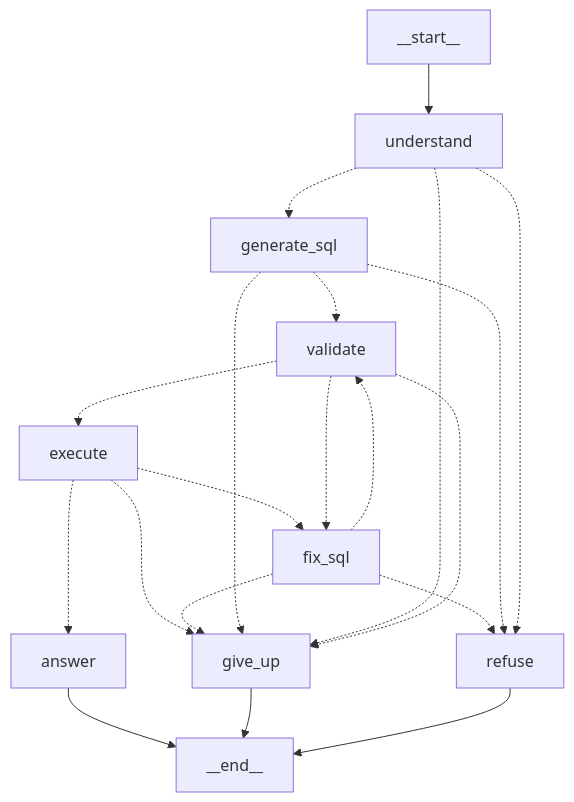
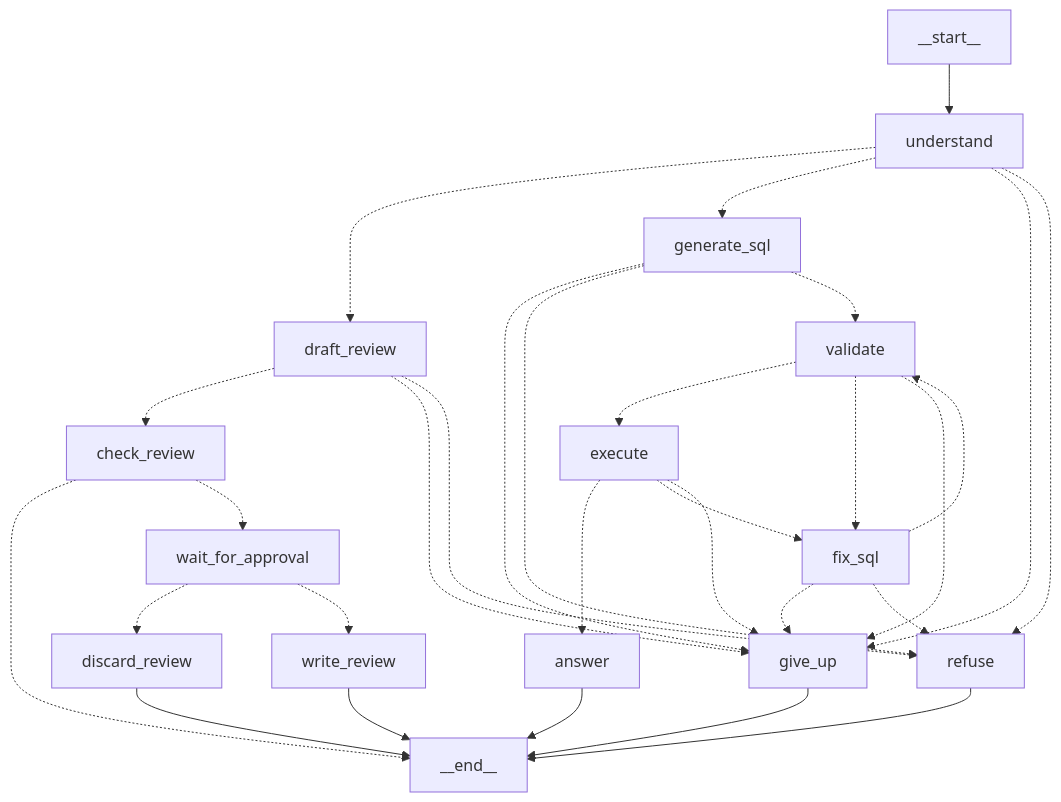
The diagram in README.md (francomansur/agente-dados-delivery), drawn with Mermaid before and after one commit. The commit also changed other lines of this file and 1 other file, not shown here.

Commit message:
docs: explain the safe write with human approval

````diff
--- a/README.md
+++ b/README.md
@@ -138,22 +192,32 @@
 ```mermaid
 graph TD;
 	__start__ --> understand;
+	check_review -.-> __end__;
+	check_review -.-> wait_for_approval;
+	draft_review -.-> check_review;
+	draft_review -.-> give_up;
+	draft_review -.-> refuse;
 	execute -.-> answer;
 	execute -.-> fix_sql;
 	execute -.-> give_up;
 	fix_sql -.-> give_up;
 	fix_sql -.-> refuse;
 	fix_sql -.-> validate;
 	generate_sql -.-> give_up;
 	generate_sql -.-> refuse;
 	generate_sql -.-> validate;
+	understand -.-> draft_review;
 	understand -.-> generate_sql;
 	understand -.-> give_up;
 	understand -.-> refuse;
 	validate -.-> execute;
 	validate -.-> fix_sql;
 	validate -.-> give_up;
+	wait_for_approval -.-> discard_review;
+	wait_for_approval -.-> write_review;
 	answer --> __end__;
+	discard_review --> __end__;
 	give_up --> __end__;
 	refuse --> __end__;
+	write_review --> __end__;
 ```
````
